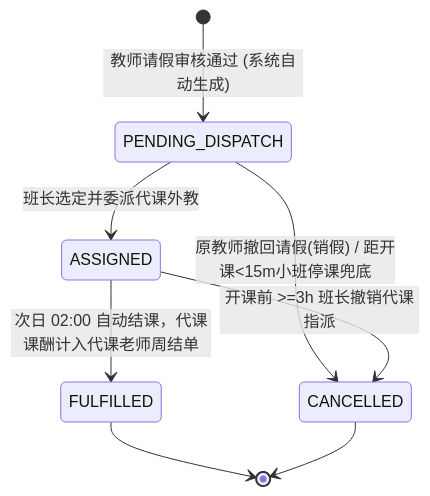
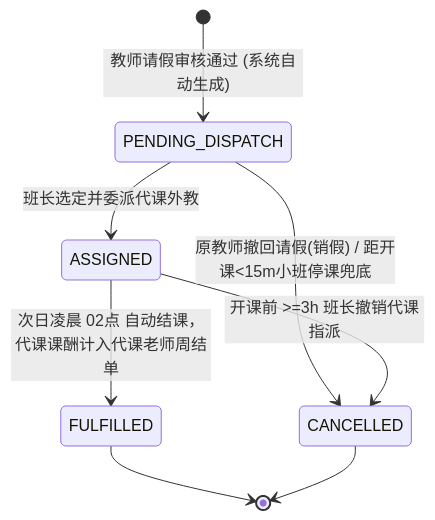
One commit to Onezao/dream changed the first of 5 diagrams in docs/prd/m3b_attendance_substitution.md. Above: the diagram before and after it, drawn with Mermaid. The commit also changed other lines of this file and 9 other files, not shown here.

Commit message:
docs: decouple schedule fulfillment from financial settlement, fix mermaid charts, and complete m3b state machines

````diff
--- a/docs/prd/m3b_attendance_substitution.md
+++ b/docs/prd/m3b_attendance_substitution.md
@@ -253,10 +253,10 @@
 ```mermaid
 stateDiagram-v2
     [*] --> PENDING_DISPATCH: 教师请假审核通过 (系统自动生成)
     PENDING_DISPATCH --> ASSIGNED: 班长选定并委派代课外教
     PENDING_DISPATCH --> CANCELLED: 原教师撤回请假(销假) / 距开课<15m小班停课兜底
     ASSIGNED --> CANCELLED: 开课前 >=3h 班长撤销代课指派
-    ASSIGNED --> FULFILLED: 次日 02:00 自动结课，代课课酬计入代课老师周结单
+    ASSIGNED --> FULFILLED: 次日凌晨 02点 自动结课，代课课酬计入代课老师周结单
     FULFILLED --> [*]
     CANCELLED --> [*]
 ```
````
